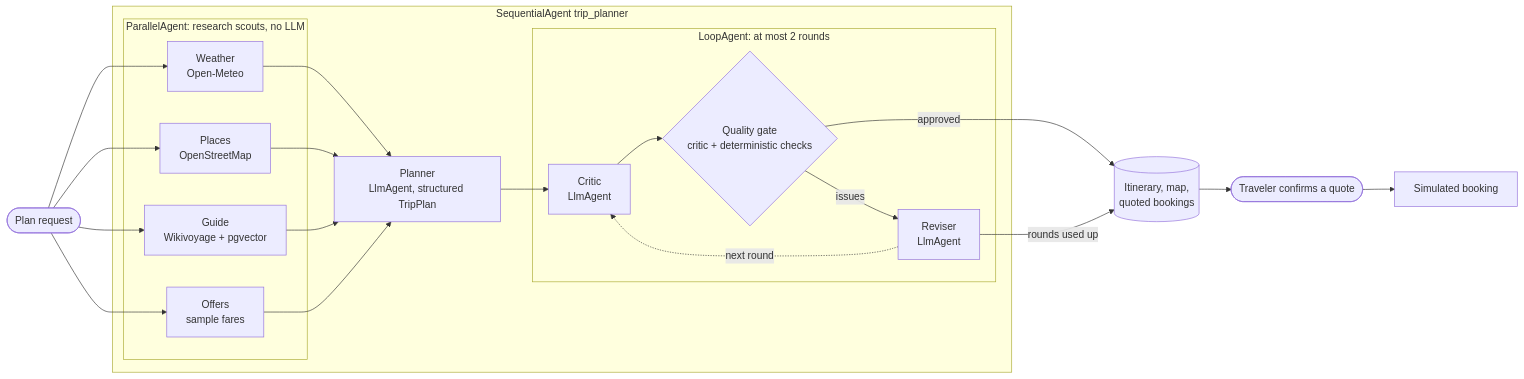
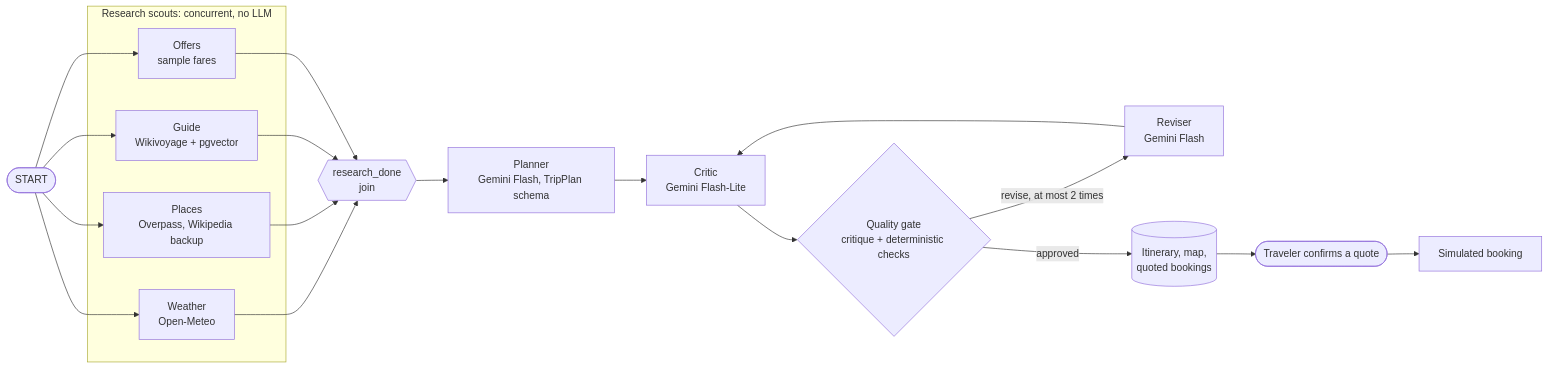
Before and after one commit to fuseai-fellowship/Travya---Agentic-AI-Powered-Travel-Companion: the first of 2 diagrams in README.md, drawn with Mermaid. The commit also changed other lines of this file, not shown here.

Commit message:
docs: update README for the workflow graph and the new CI checks

````diff
--- a/README.md
+++ b/README.md
@@ -29,24 +29,26 @@
 ```mermaid
 flowchart LR
-    request(["Plan request"])
-    subgraph pipeline["SequentialAgent trip_planner"]
-        subgraph research["ParallelAgent: research scouts, no LLM"]
-            weather["Weather<br/>Open-Meteo"]
-            places["Places<br/>OpenStreetMap"]
-            guide["Guide<br/>Wikivoyage + pgvector"]
-            offers["Offers<br/>sample fares"]
-        end
-        planner["Planner<br/>LlmAgent, structured TripPlan"]
-        subgraph refine["LoopAgent: at most 2 rounds"]
-            critic["Critic<br/>LlmAgent"] --> gate{"Quality gate<br/>critic + deterministic checks"}
-            gate -- "issues" --> reviser["Reviser<br/>LlmAgent"]
-        end
+    start(["START"])
+    subgraph scouts["Research scouts: concurrent, no LLM"]
+        weather["Weather<br/>Open-Meteo"]
+        places["Places<br/>Overpass, Wikipedia backup"]
+        guide["Guide<br/>Wikivoyage + pgvector"]
+        offers["Offers<br/>sample fares"]
     end
-    request --> weather & places & guide & offers
-    weather & places & guide & offers --> planner
-    planner --> critic
-    reviser -. "next round" .-> critic
-    gate -- "approved" --> saved[("Itinerary, map,<br/>quoted bookings")]
-    reviser -- "rounds used up" --> saved
-    saved --> confirm(["Traveler confirms a quote"]) --> booked["Simulated booking"]
+    join{{"research_done<br/>join"}}
+    planner["Planner<br/>Gemini Flash, TripPlan schema"]
+    critic["Critic<br/>Gemini Flash-Lite"]
+    gate{"Quality gate<br/>critique + deterministic checks"}
+    reviser["Reviser<br/>Gemini Flash"]
+    saved[("Itinerary, map,<br/>quoted bookings")]
+    confirm(["Traveler confirms a quote"])
+    booked["Simulated booking"]
+
+    start --> weather & places & guide & offers
+    weather & places & guide & offers --> join
+    join --> planner --> critic --> gate
+    gate -- "revise, at most 2 times" --> reviser
+    reviser --> critic
+    gate -- "approved" --> saved
+    saved --> confirm --> booked
 ```
````
